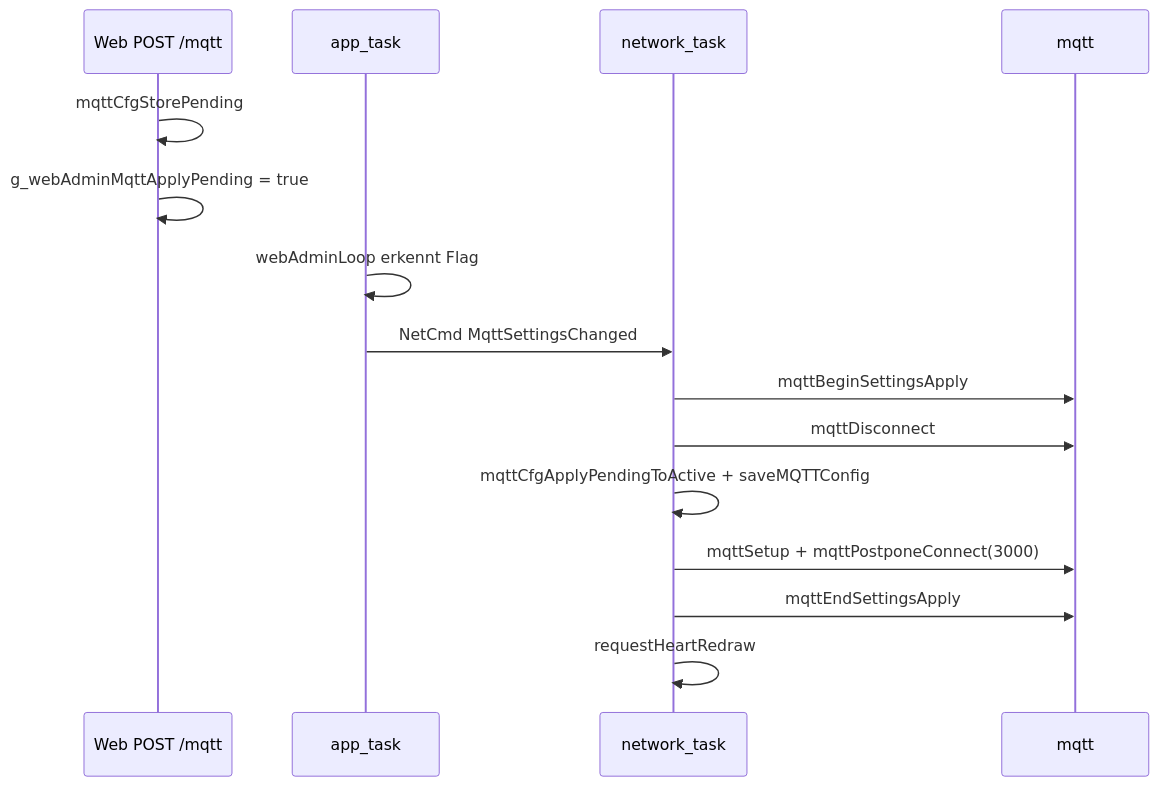
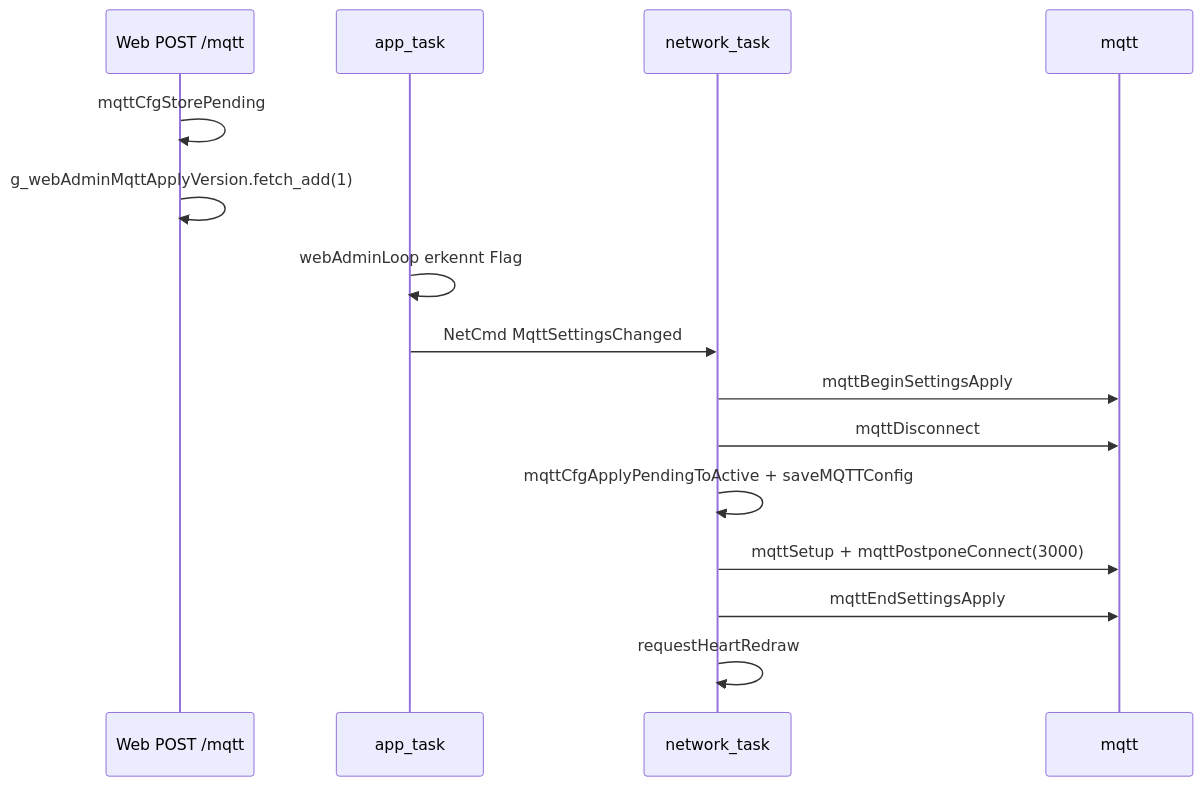
Before and after one commit to EyJunge1/chaya2mqtt: the second of 2 diagrams in docs/MQTT.md, drawn with Mermaid. The commit also changed 47 other files, not shown here.

````diff
--- a/docs/MQTT.md
+++ b/docs/MQTT.md
@@ -170,18 +170,18 @@
 ```mermaid
 sequenceDiagram
     participant W as Web POST /mqtt
     participant A as app_task
     participant N as network_task
     participant M as mqtt
 
     W->>W: mqttCfgStorePending
-    W->>W: g_webAdminMqttApplyPending = true
+    W->>W: g_webAdminMqttApplyVersion.fetch_add(1)
     A->>A: webAdminLoop erkennt Flag
     A->>N: NetCmd MqttSettingsChanged
     N->>M: mqttBeginSettingsApply
     N->>M: mqttDisconnect
     N->>N: mqttCfgApplyPendingToActive + saveMQTTConfig
     N->>M: mqttSetup + mqttPostponeConnect(3000)
     N->>M: mqttEndSettingsApply
     N->>N: requestHeartRedraw
 ```
````
